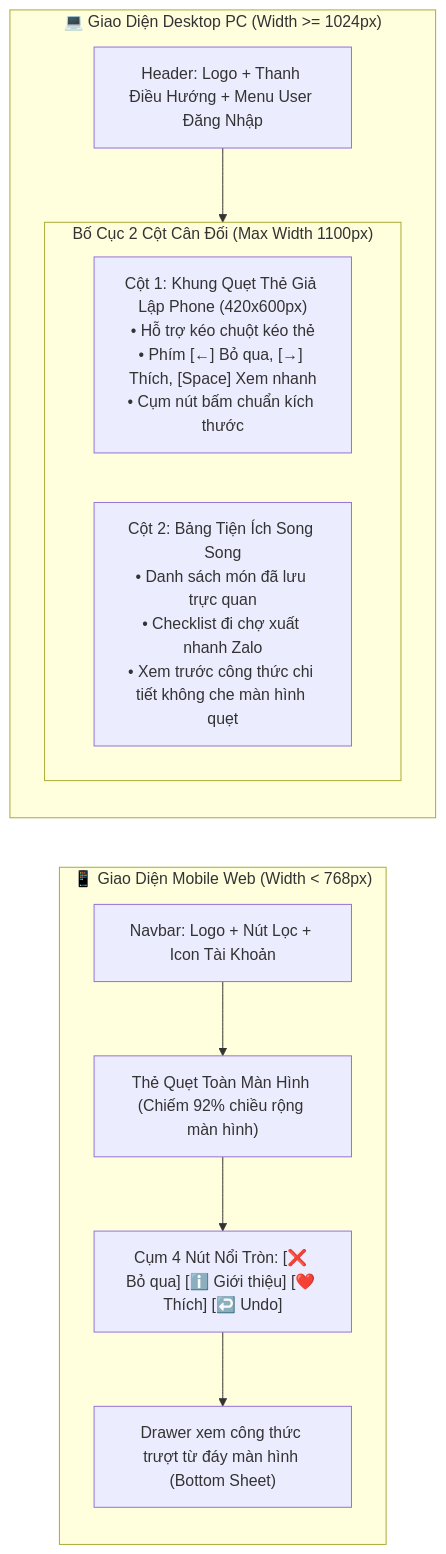
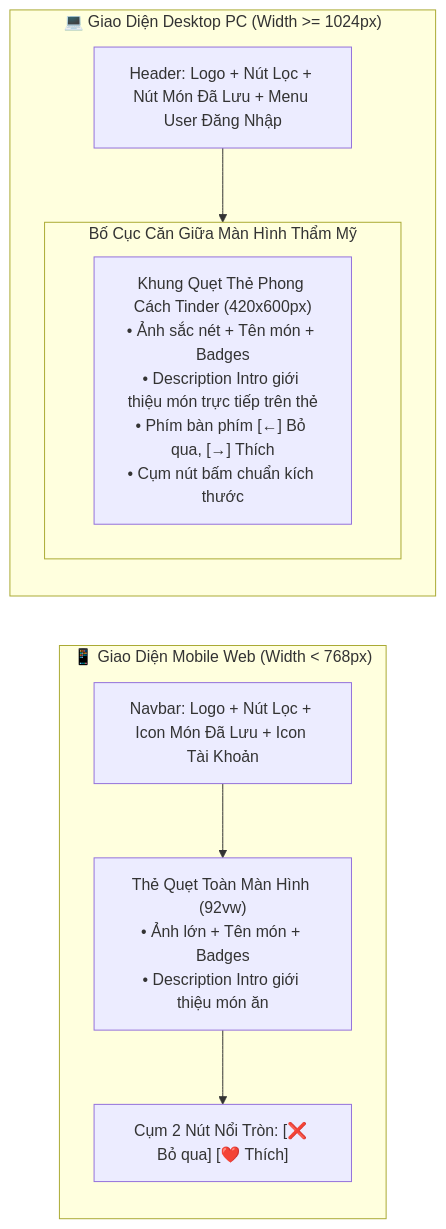
Before and after one commit to snowwminhduc1212/YumYumPick: the third of 3 diagrams in docs/03_USER_FLOW_AND_UIUX_SPEC.md, drawn with Mermaid. The commit also changed other lines of this file and 9 other files, not shown here.

````diff
--- a/docs/03_USER_FLOW_AND_UIUX_SPEC.md
+++ b/docs/03_USER_FLOW_AND_UIUX_SPEC.md
@@ -109,21 +103,19 @@
 ```mermaid
 flowchart LR
     subgraph MobileDevice["📱 Giao Diện Mobile Web (Width < 768px)"]
         direction TB
-        M_Nav["Navbar: Logo + Nút Lọc + Icon Tài Khoản"]
-        M_Card["Thẻ Quẹt Toàn Màn Hình (Chiếm 92% chiều rộng màn hình)"]
-        M_Btns["Cụm 4 Nút Nổi Tròn: [❌ Bỏ qua] [ℹ️ Giới thiệu] [❤️ Thích] [↩️ Undo]"]
-        M_Drawer["Drawer xem công thức trượt từ đáy màn hình (Bottom Sheet)"]
-        M_Nav --> M_Card --> M_Btns --> M_Drawer
+        M_Nav["Navbar: Logo + Nút Lọc + Icon Món Đã Lưu + Icon Tài Khoản"]
+        M_Card["Thẻ Quẹt Toàn Màn Hình (92vw)\n• Ảnh lớn + Tên món + Badges\n• Description Intro giới thiệu món ăn"]
+        M_Btns["Cụm 2 Nút Nổi Tròn: [❌ Bỏ qua] [❤️ Thích]"]
+        M_Nav --> M_Card --> M_Btns
     end
 
     subgraph DesktopPC["💻 Giao Diện Desktop PC (Width >= 1024px)"]
         direction TB
-        D_Nav["Header: Logo + Thanh Điều Hướng + Menu User Đăng Nhập"]
-        subgraph D_Body["Bố Cục 2 Cột Cân Đối (Max Width 1100px)"]
-            D_Col1["Cột 1: Khung Quẹt Thẻ Giả Lập Phone (420x600px)\n• Hỗ trợ kéo chuột kéo thẻ\n• Phím [←] Bỏ qua, [→] Thích, [Space] Xem nhanh\n• Cụm nút bấm chuẩn kích thước"]
-            D_Col2["Cột 2: Bảng Tiện Ích Song Song\n• Danh sách món đã lưu trực quan\n• Checklist đi chợ xuất nhanh Zalo\n• Xem trước công thức chi tiết không che màn hình quẹt"]
+        D_Nav["Header: Logo + Nút Lọc + Nút Món Đã Lưu + Menu User Đăng Nhập"]
+        subgraph D_Body["Bố Cục Căn Giữa Màn Hình Thẩm Mỹ"]
+            D_Col1["Khung Quẹt Thẻ Phong Cách Tinder (420x600px)\n• Ảnh sắc nét + Tên món + Badges\n• Description Intro giới thiệu món trực tiếp trên thẻ\n• Phím bàn phím [←] Bỏ qua, [→] Thích\n• Cụm nút bấm chuẩn kích thước"]
         end
         D_Nav --> D_Body
     end
 ```
````
